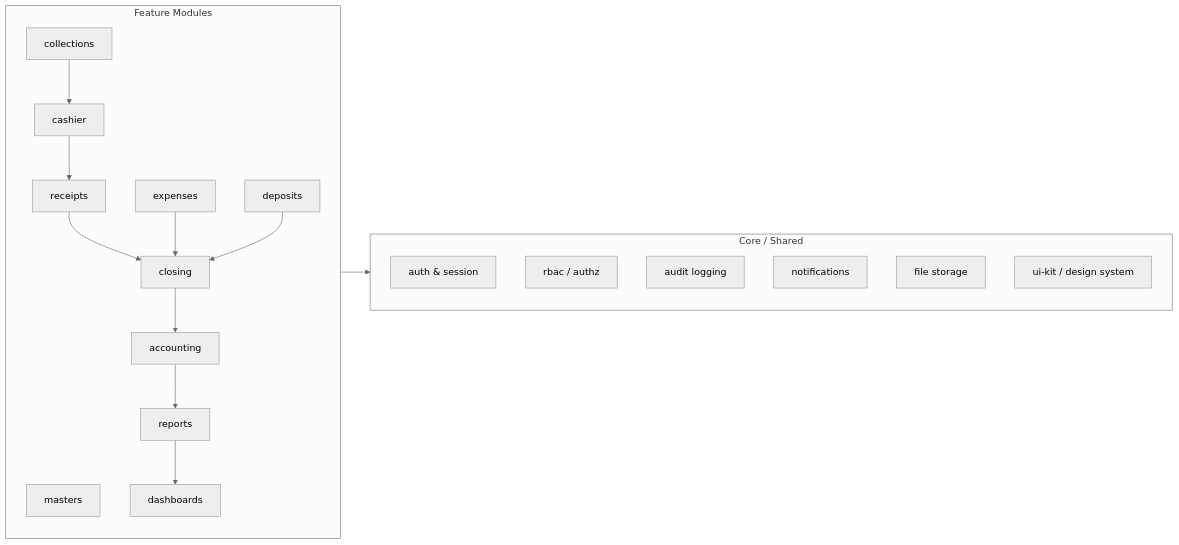
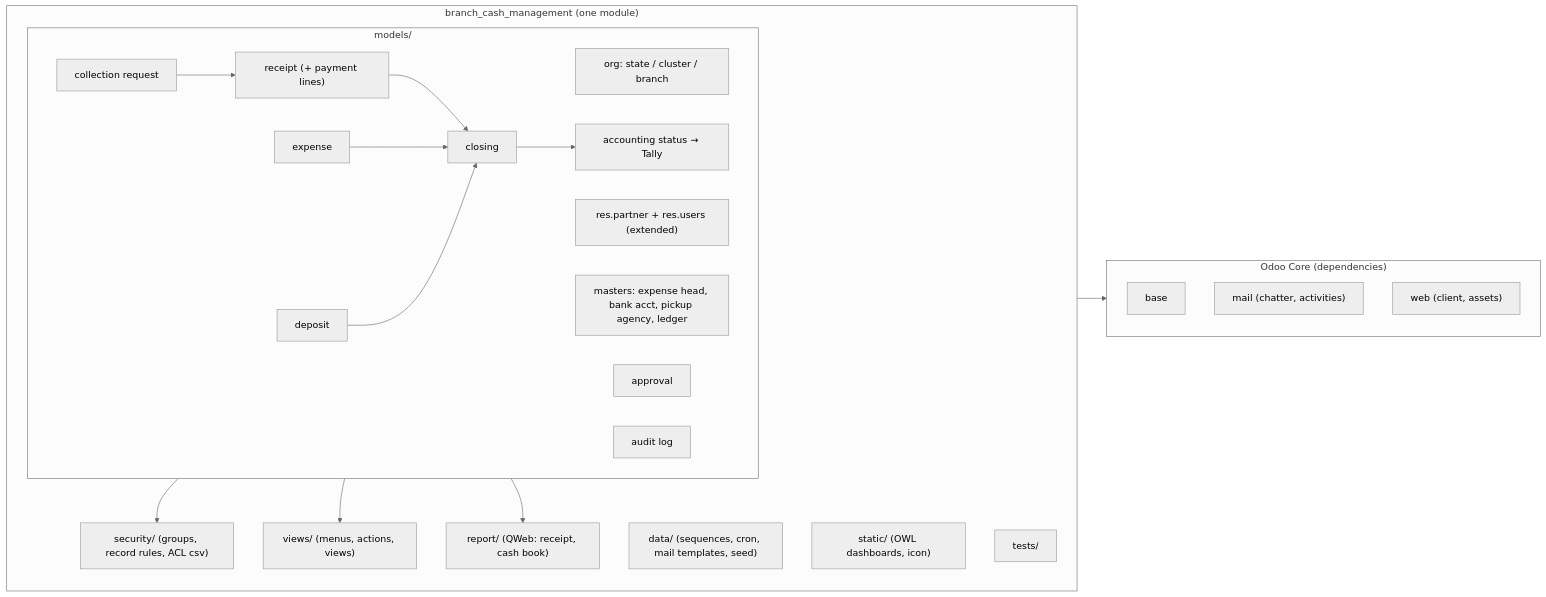
One commit to arunideen/branch-cash-management-system-odoo changed the third of 8 diagrams in docs/TechnicalArchitecture.md. Above: the diagram before and after it, drawn with Mermaid (neutral theme). The commit also changed other lines of this file and 53 other files, not shown here.

````diff
--- a/docs/TechnicalArchitecture.md
+++ b/docs/TechnicalArchitecture.md
@@ -160,31 +157,38 @@
 ```mermaid
 graph LR
-    subgraph Core["Core / Shared"]
-        Auth["auth & session"]
-        RBAC["rbac / authz"]
-        Audit["audit logging"]
-        Notify["notifications"]
-        Files["file storage"]
-        UI["ui-kit / design system"]
+    subgraph Core["Odoo Core (dependencies)"]
+        BASE["base"]
+        MAIL["mail (chatter, activities)"]
+        WEBM["web (client, assets)"]
     end
-    subgraph Features["Feature Modules"]
-        M1["masters"]
-        M2["collections"]
-        M3["cashier"]
-        M4["receipts"]
-        M5["closing"]
-        M6["expenses"]
-        M7["deposits"]
-        M8["accounting"]
-        M9["reports"]
-        M10["dashboards"]
+    subgraph BCMS["branch_cash_management (one module)"]
+        subgraph M["models/"]
+            ORG["org: state / cluster / branch"]
+            PPL["res.partner + res.users (extended)"]
+            MAST["masters: expense head, bank acct, pickup agency, ledger"]
+            CR["collection request"]
+            RCPT["receipt (+ payment lines)"]
+            EXP["expense"]
+            DEP["deposit"]
+            CLS["closing"]
+            APR["approval"]
+            ACC["accounting status → Tally"]
+            AUD["audit log"]
+        end
+        SECX["security/ (groups, record rules, ACL csv)"]
+        VIEWSX["views/ (menus, actions, views)"]
+        DATAX["data/ (sequences, cron, mail templates, seed)"]
+        REPX["report/ (QWeb: receipt, cash book)"]
+        STATX["static/ (OWL dashboards, icon)"]
+        TSTX["tests/"]
     end
 
-    M2 --> M3 --> M4 --> M5
-    M6 --> M5
-    M7 --> M5
-    M5 --> M8
-    M8 --> M9
-    M9 --> M10
-    Features --> Core
+    CR --> RCPT --> CLS
+    EXP --> CLS
+    DEP --> CLS
+    CLS --> ACC
+    M --> SECX
+    M --> VIEWSX
+    M --> REPX
+    BCMS --> Core
 ```
````
